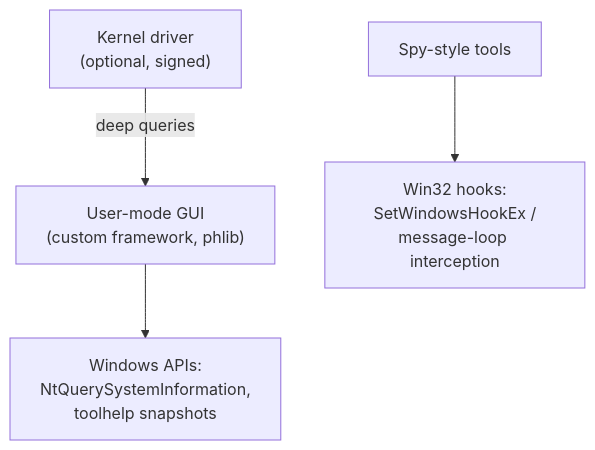
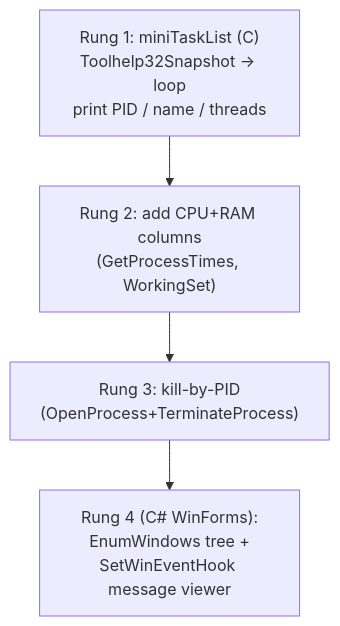
One commit to Anirudh-2810/Second-Brain changed the diagram in wiki/modules/case-studies/cs-systeminformer-spyplusplus.md. Above: the diagram before and after it, drawn with Mermaid. The commit also changed other lines of this file and 12 other files, not shown here.

````diff
--- a/wiki/modules/case-studies/cs-systeminformer-spyplusplus.md
+++ b/wiki/modules/case-studies/cs-systeminformer-spyplusplus.md
@@ -24,6 +51,6 @@
 ```mermaid
 flowchart TD
-    U["User-mode GUI<br/>(custom framework, phlib)"] --> A["Windows APIs:<br/>NtQuerySystemInformation,<br/>toolhelp snapshots"]
-    K["Kernel driver<br/>(optional, signed)"] -->|"deep queries"| U
-    SPY["Spy-style tools"] --> H["Win32 hooks:<br/>SetWindowsHookEx /<br/>message-loop interception"]
+    R1["Rung 1: miniTaskList (C)<br/>Toolhelp32Snapshot -> loop<br/>print PID / name / threads"] --> R2["Rung 2: add CPU+RAM columns<br/>(GetProcessTimes, WorkingSet)"]
+    R2 --> R3["Rung 3: kill-by-PID<br/>(OpenProcess+TerminateProcess)"]
+    R3 --> R4["Rung 4 (C# WinForms):<br/>EnumWindows tree +<br/>SetWinEventHook message viewer"]
 ```
````
